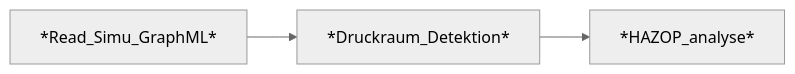
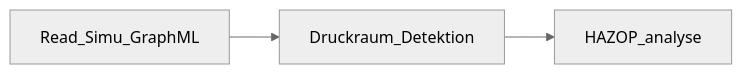
One commit to TUDoAD/Abschlussarbeiten_Oeing changed the diagram in Yang/readme.md. Above: the diagram before and after it, drawn with Mermaid (neutral theme). The commit also changed other lines of this file, not shown here.

````diff
--- a/Yang/readme.md
+++ b/Yang/readme.md
@@ -56,5 +56,5 @@
 ```mermaid
 graph LR;
-    *Read_Simu_GraphML*-->*Druckraum_Detektion*;
-    *Druckraum_Detektion*-->*HAZOP_analyse*;
+    Read_Simu_GraphML-->Druckraum_Detektion;
+    Druckraum_Detektion-->HAZOP_analyse;
 ```
````
